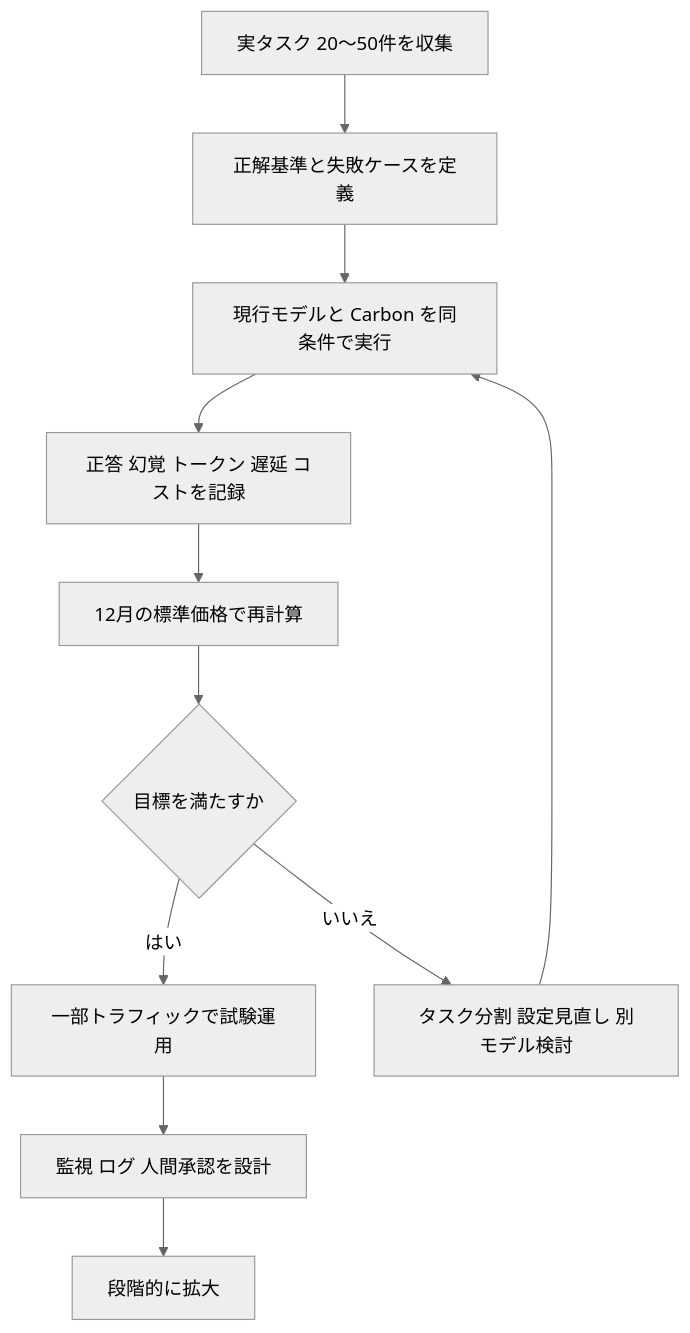
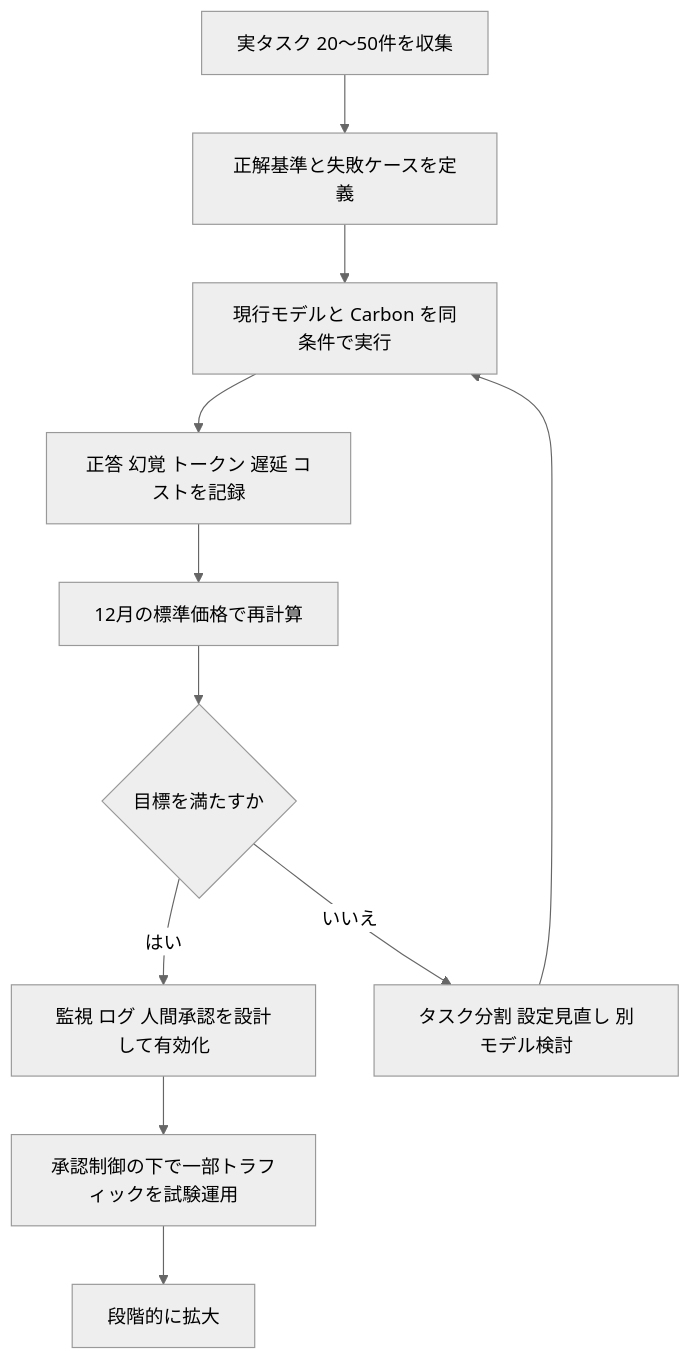
Before and after one commit to myoshi2891/Comparison-of-LLMs: the ninth of 9 diagrams in Gemini-4-carbon-guide.md, drawn with Mermaid (neutral theme). The commit also changed other lines of this file and 1 other file, not shown here.

````diff
--- a/Gemini-4-carbon-guide.md
+++ b/Gemini-4-carbon-guide.md
@@ -577,13 +578,13 @@
 ```mermaid
 flowchart TD
     A["実タスク 20〜50件を収集"] --> B["正解基準と失敗ケースを定義"]
     B --> C["現行モデルと Carbon を同条件で実行"]
     C --> D["正答 幻覚 トークン 遅延 コストを記録"]
     D --> E["12月の標準価格で再計算"]
     E --> F{"目標を満たすか"}
-    F -- "はい" --> G["一部トラフィックで試験運用"]
+    F -- "はい" --> I["監視 ログ 人間承認を設計して有効化"]
     F -- "いいえ" --> H["タスク分割 設定見直し 別モデル検討"]
     H --> C
-    G --> I["監視 ログ 人間承認を設計"]
-    I --> J["段階的に拡大"]
+    I --> G["承認制御の下で一部トラフィックを試験運用"]
+    G --> J["段階的に拡大"]
 ```
````
